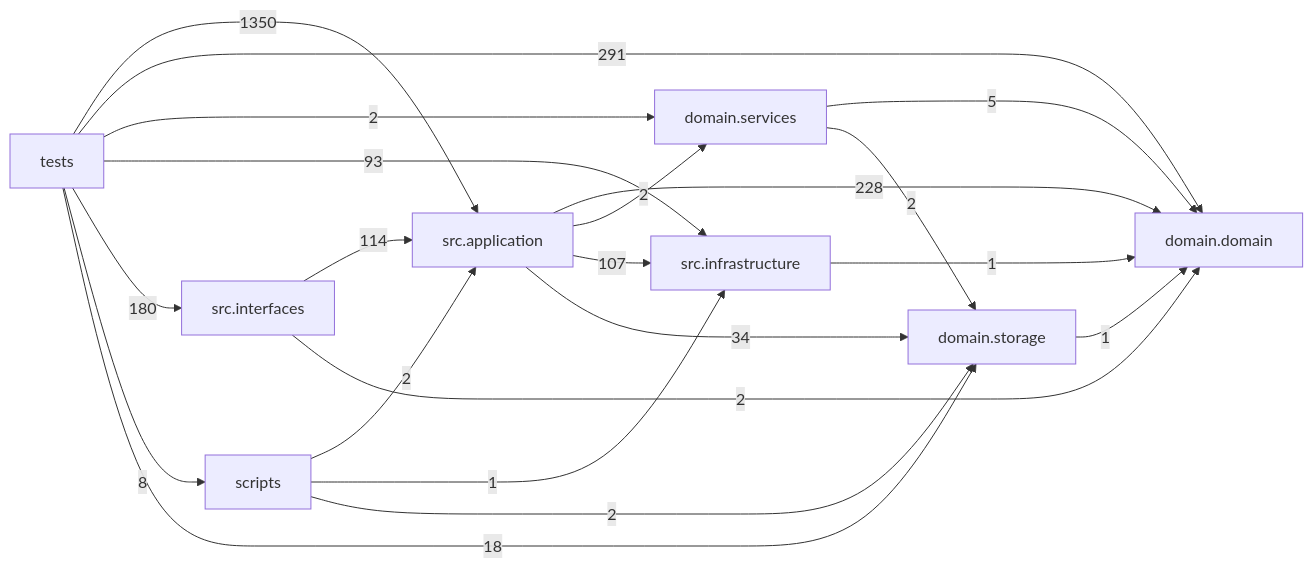
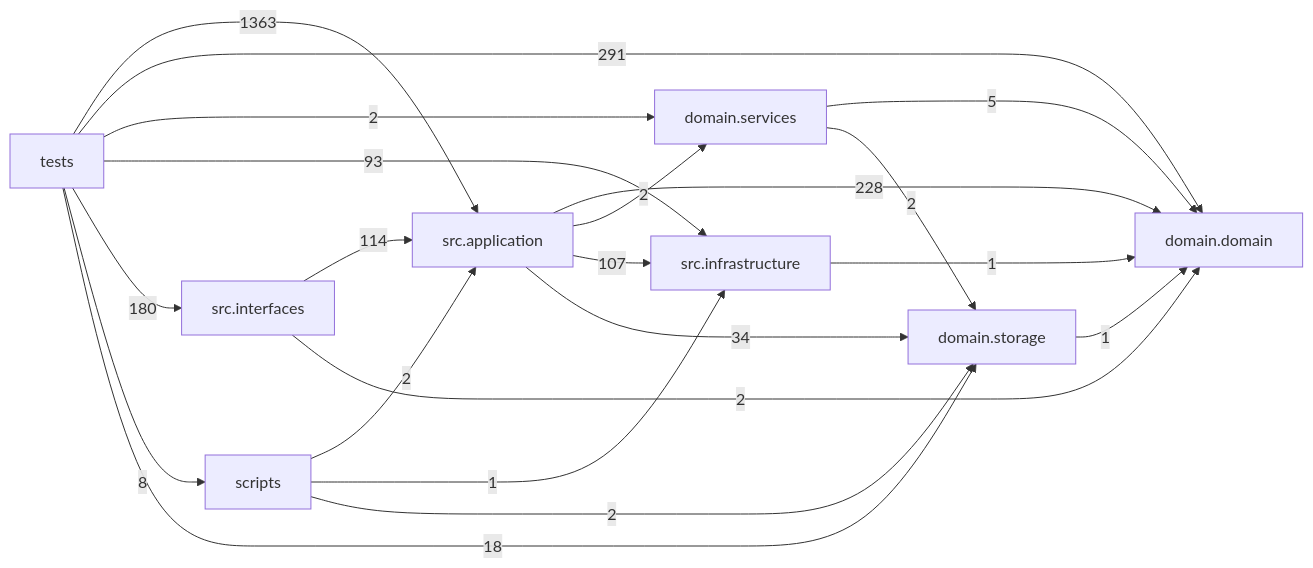
Before and after one commit to liuxie066/options-monitor: the diagram in docs/DEPENDENCY_GRAPH.md, drawn with Mermaid. The commit also changed other lines of this file, not shown here.

Commit message:
Update dependency graph for v1.2.367 release

````diff
--- a/docs/DEPENDENCY_GRAPH.md
+++ b/docs/DEPENDENCY_GRAPH.md
@@ -24,31 +24,31 @@
 ```mermaid
 flowchart LR
   tests["tests"]
   scripts["scripts"]
   interfaces["src.interfaces"]
   application["src.application"]
   infrastructure["src.infrastructure"]
   domain_services["domain.services"]
   domain["domain.domain"]
   storage["domain.storage"]
   application -->|228| domain
   application -->|2| domain_services
   application -->|107| infrastructure
   application -->|34| storage
   domain_services -->|5| domain
   domain_services -->|2| storage
   infrastructure -->|1| domain
   interfaces -->|114| application
   interfaces -->|2| domain
   scripts -->|2| application
   scripts -->|1| infrastructure
   scripts -->|2| storage
   storage -->|1| domain
-  tests -->|1350| application
+  tests -->|1363| application
   tests -->|291| domain
   tests -->|2| domain_services
   tests -->|93| infrastructure
   tests -->|180| interfaces
   tests -->|8| scripts
   tests -->|18| storage
 ```
````
